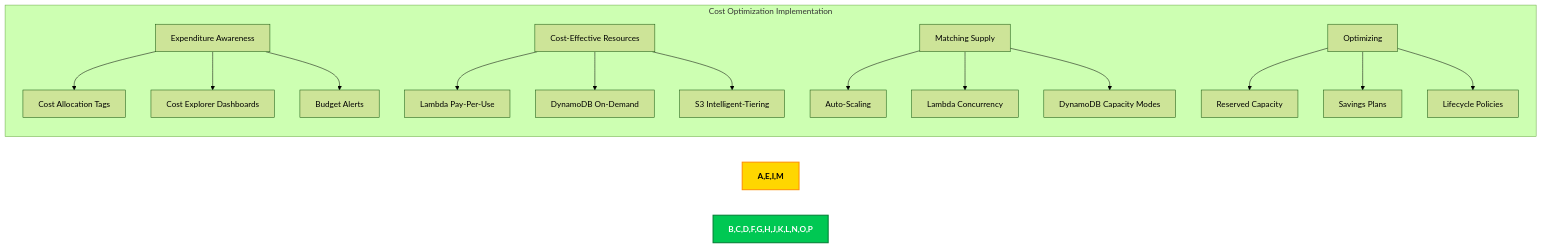
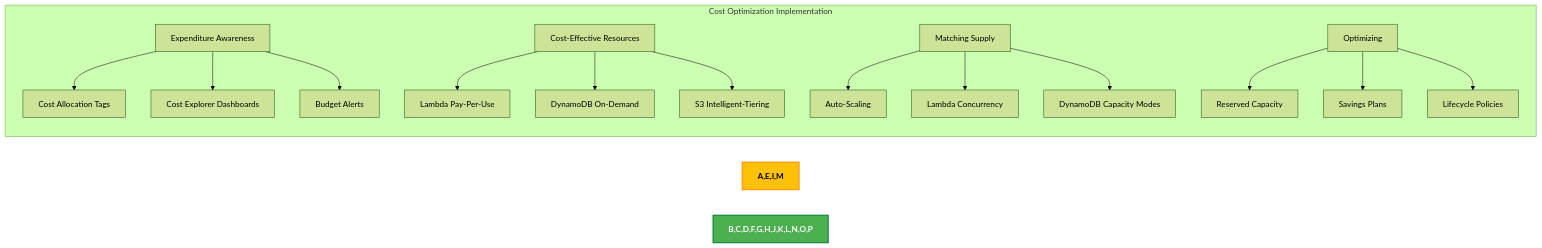
Before and after one commit to step-security-bot/cia-compliance-manager: the sixth of 11 diagrams in docs/architecture/FUTURE_ARCHITECTURE.md, drawn with Mermaid (forest theme). The commit also changed other lines of this file and 27 other files, not shown here.

First line of the commit message:
fix: resolve broken mermaid diagrams and improve color coding to match ISMS style guide (#1106)

````diff
--- a/docs/architecture/FUTURE_ARCHITECTURE.md
+++ b/docs/architecture/FUTURE_ARCHITECTURE.md
@@ -403,23 +403,23 @@
 ```mermaid
 flowchart LR
     subgraph "Cost Optimization Implementation"
         A[Expenditure Awareness] --> B[Cost Allocation Tags]
         A --> C[Cost Explorer Dashboards]
         A --> D[Budget Alerts]
         
         E[Cost-Effective Resources] --> F[Lambda Pay-Per-Use]
         E --> G[DynamoDB On-Demand]
         E --> H[S3 Intelligent-Tiering]
         
         I[Matching Supply] --> J[Auto-Scaling]
         I --> K[Lambda Concurrency]
         I --> L[DynamoDB Capacity Modes]
         
         M[Optimizing] --> N[Reserved Capacity]
         M --> O[Savings Plans]
         M --> P[Lifecycle Policies]
     end
 
-    style A,E,I,M fill:#FFD600,stroke:#FF8F00,stroke-width:2px,color:black,font-weight:bold
-    style B,C,D,F,G,H,J,K,L,N,O,P fill:#00C853,stroke:#007E33,stroke-width:2px,color:white,font-weight:bold
+    style A,E,I,M fill:#FFC107,stroke:#FF8F00,stroke-width:2px,color:black,font-weight:bold
+    style B,C,D,F,G,H,J,K,L,N,O,P fill:#4CAF50,stroke:#007E33,stroke-width:2px,color:white,font-weight:bold
 ```
````
